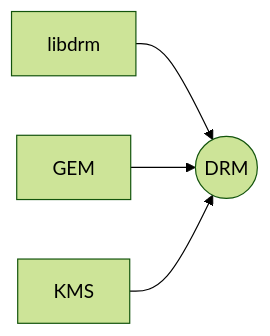
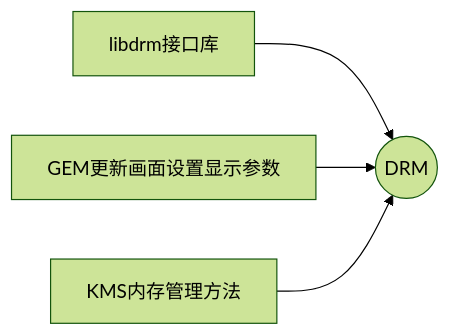
Before and after one commit to furryfang/verify_code: the diagram in drm/README.md, drawn with Mermaid (forest theme). The commit also changed 2 other files, not shown here.

Commit message:
[FEATURE/BUGFIX/STYLE]Subject
[Redmine-ID]:
[Cause-Analyze]:
[Solution]:
[Scope]:

````diff
--- a/drm/README.md
+++ b/drm/README.md
@@ -15,7 +15,7 @@
 ```mermaid
 flowchart LR;
     flag1((DRM))
-    libdrm-->flag1
-    GEM-->flag1
-    KMS-->flag1
+    libdrm接口库-->flag1
+    GEM更新画面设置显示参数-->flag1
+    KMS内存管理方法-->flag1
 ```
````
